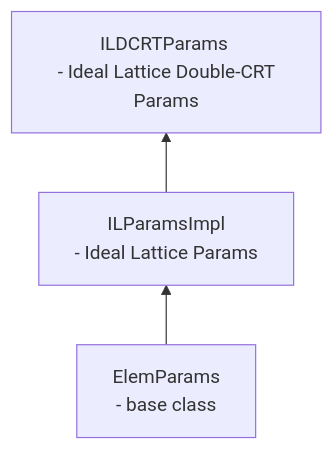
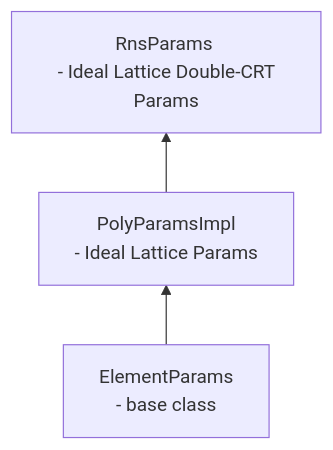
The first of 2 diagrams in docs/sphinx_rsts/modules/core/lattice/core_lattice.rst (aeropittura/cipher), drawn with Mermaid before and after one commit. The commit also changed other lines of this file and 126 other files, not shown here.

```diff
--- a/docs/sphinx_rsts/modules/core/lattice/core_lattice.rst
+++ b/docs/sphinx_rsts/modules/core/lattice/core_lattice.rst
@@ -87,5 +87,5 @@
 .. mermaid::
 
    flowchart BT
-       A[ElemParams <br> - base class </br>] --> B[ILParamsImpl <br> - Ideal Lattice Params </br>];
-       B[ILParamsImpl <br> - Ideal Lattice Params </br>] --> C[ILDCRTParams <br> - Ideal Lattice Double-CRT Params</br>]
+       A[ElementParams <br> - base class </br>] --> B[PolyParamsImpl <br> - Ideal Lattice Params </br>];
+       B[PolyParamsImpl <br> - Ideal Lattice Params </br>] --> C[RnsParams <br> - Ideal Lattice Double-CRT Params</br>]
```
